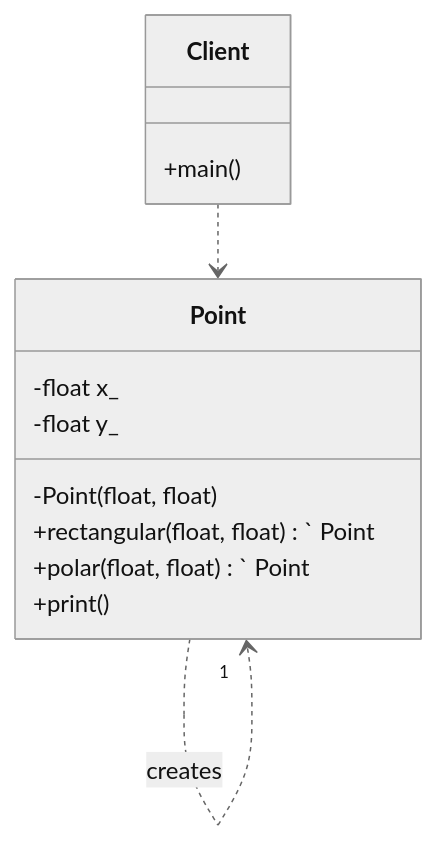
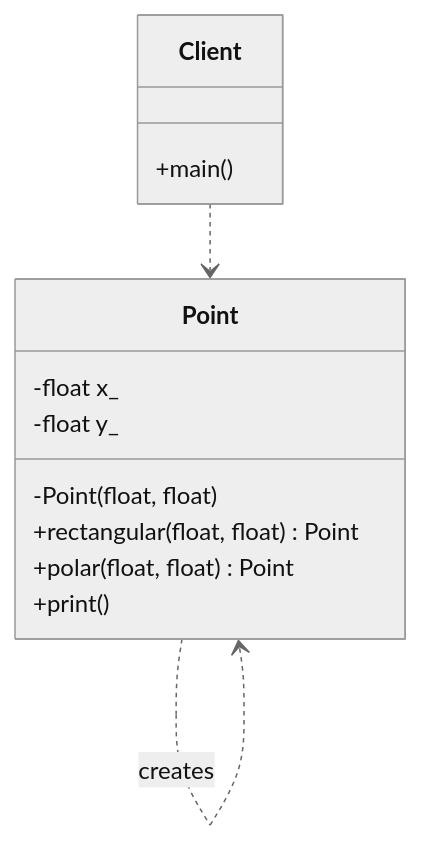
Before and after one commit to Cichlidfishexigency721/Modern-CPP-Design-Patterns: the diagram in 07_NamedConstructors/SameParameters/diagram.md, drawn with Mermaid (neutral theme). The commit also changed 3 other files, not shown here.

````diff
--- a/07_NamedConstructors/SameParameters/diagram.md
+++ b/07_NamedConstructors/SameParameters/diagram.md
@@ -3,19 +3,19 @@
 ```mermaid
 classDiagram
    class Point {
       -float x_
       -float y_
       -Point(float, float)
-      +rectangular(float, float)` Point
-      +polar(float, float)` Point
+      +rectangular(float, float) Point
+      +polar(float, float) Point
       +print()
    }
 
    class Client {
       +main()
    }
 
-   %% The static methods create and return a Point instance by value
-   Point ..> "1" Point : creates
+   %% Dependency: No numbers used as per our symbology
+   Point ..> Point : creates
    Client ..> Point
 ```
````
